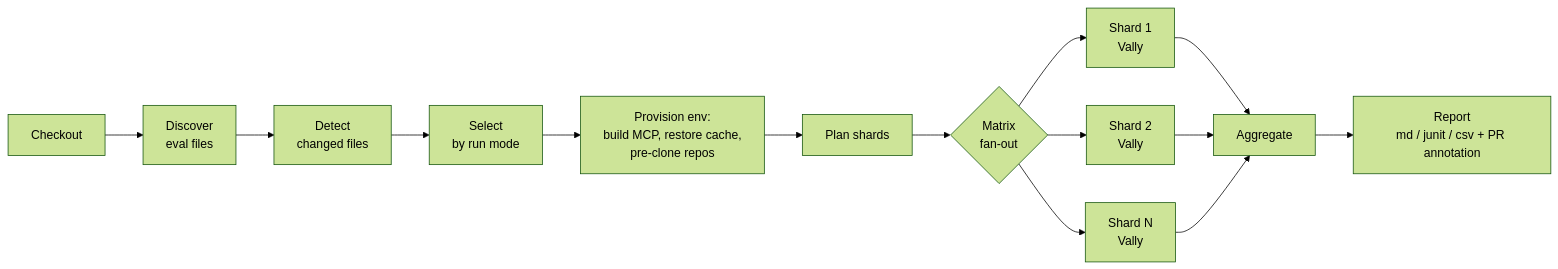
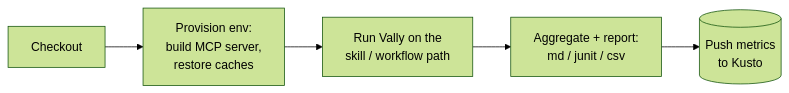
Before and after one commit to Azure/azure-sdk-tools: the second of 4 diagrams in tools/azsdk-cli/docs/specs/8-operations-agent-eval-strategy.spec.md, drawn with Mermaid (forest theme). The commit also changed other lines of this file, not shown here.

Commit message:
docs: revise CI to per-skill ci.yml pipelines per review

````diff
--- a/tools/azsdk-cli/docs/specs/8-operations-agent-eval-strategy.spec.md
+++ b/tools/azsdk-cli/docs/specs/8-operations-agent-eval-strategy.spec.md
@@ -427,16 +432,7 @@
 ```mermaid
 flowchart LR
-    CO[Checkout] --> DI[Discover<br/>eval files]
-    DI --> CD[Detect<br/>changed files]
-    CD --> SEL[Select<br/>by run mode]
-    SEL --> ENV[Provision env:<br/>build MCP, restore cache,<br/>pre-clone repos]
-    ENV --> SP[Plan shards]
-    SP --> MX{Matrix<br/>fan-out}
-    MX --> S1[Shard 1<br/>Vally]
-    MX --> S2[Shard 2<br/>Vally]
-    MX --> S3[Shard N<br/>Vally]
-    S1 --> AG[Aggregate]
-    S2 --> AG
-    S3 --> AG
-    AG --> RP[Report<br/>md / junit / csv + PR annotation]
+    CO[Checkout] --> ENV[Provision env:<br/>build MCP server,<br/>restore caches]
+    ENV --> RUN[Run Vally on the<br/>skill / workflow path]
+    RUN --> AG[Aggregate + report:<br/>md / junit / csv]
+    AG --> KU[(Push metrics<br/>to Kusto)]
 ```
````
